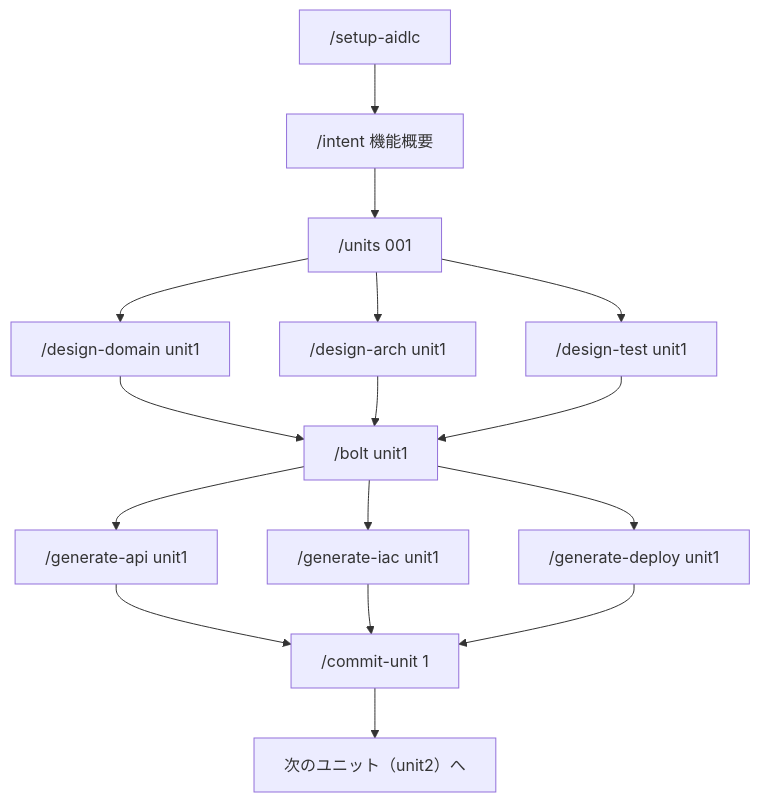
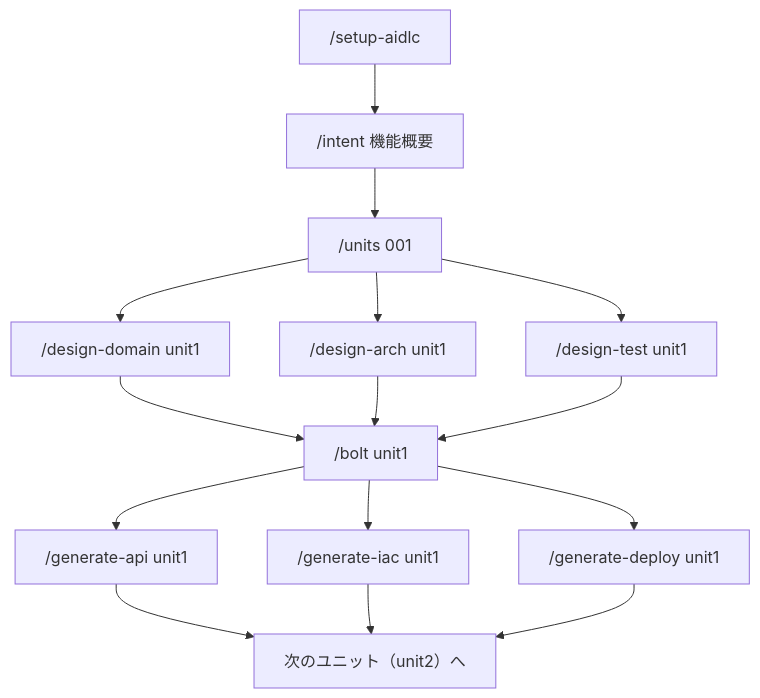
One commit to y-miyachika/ai-dlc-template changed the fourth of 7 diagrams in docs/guides/workflow-dag.md. Above: the diagram before and after it, drawn with Mermaid. The commit also changed other lines of this file and 1 other file, not shown here.

First line of the commit message:
fix: 存在しないコマンド(/commit-unit, /blocker)の参照を削除

````diff
--- a/docs/guides/workflow-dag.md
+++ b/docs/guides/workflow-dag.md
@@ -122,23 +117,21 @@
 ```mermaid
 flowchart TB
     setup["/setup-aidlc"] --> intent["/intent 機能概要"]
     intent --> units["/units 001"]
 
     units --> domain["/design-domain unit1"]
     units --> arch["/design-arch unit1"]
     units --> test["/design-test unit1"]
 
     domain --> bolt["/bolt unit1"]
     arch --> bolt
     test --> bolt
 
     bolt --> api["/generate-api unit1"]
     bolt --> iac["/generate-iac unit1"]
     bolt --> deploy["/generate-deploy unit1"]
 
-    api --> commit["/commit-unit 1"]
-    iac --> commit
-    deploy --> commit
-
-    commit --> next["次のユニット（unit2）へ"]
+    api --> next["次のユニット（unit2）へ"]
+    iac --> next
+    deploy --> next
 ```
````
